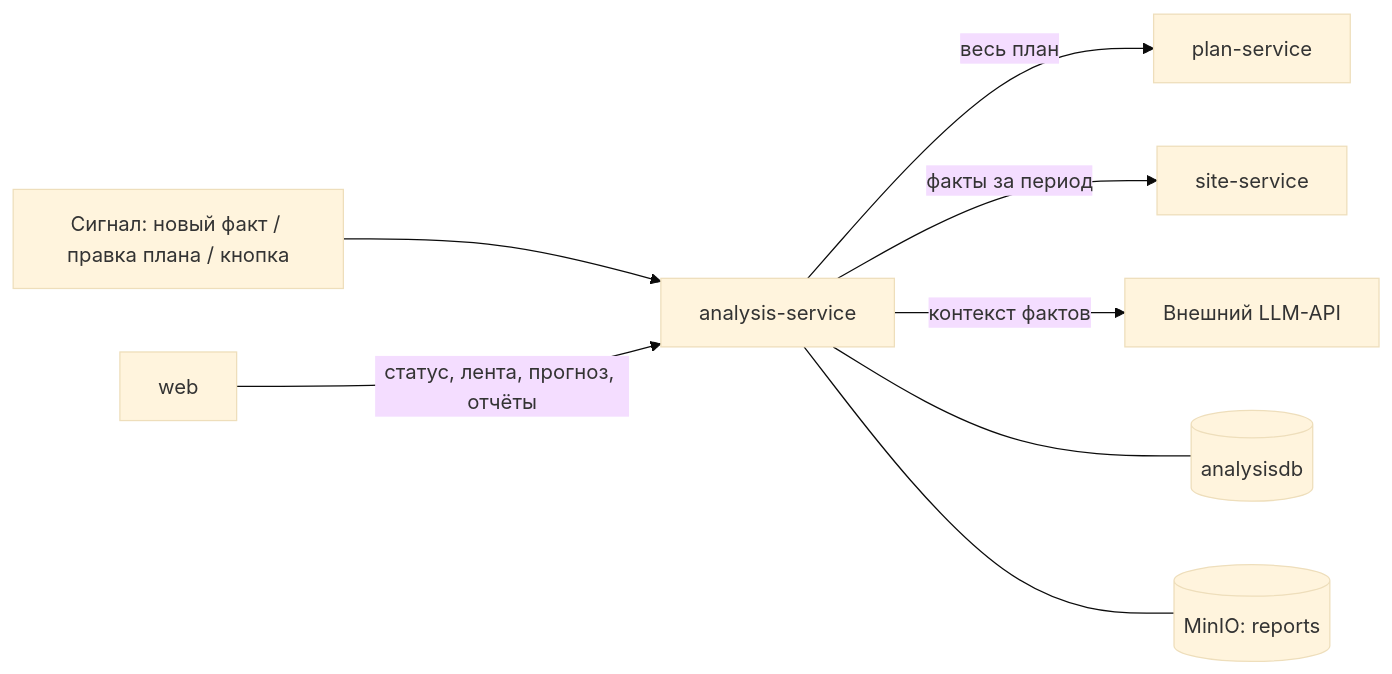
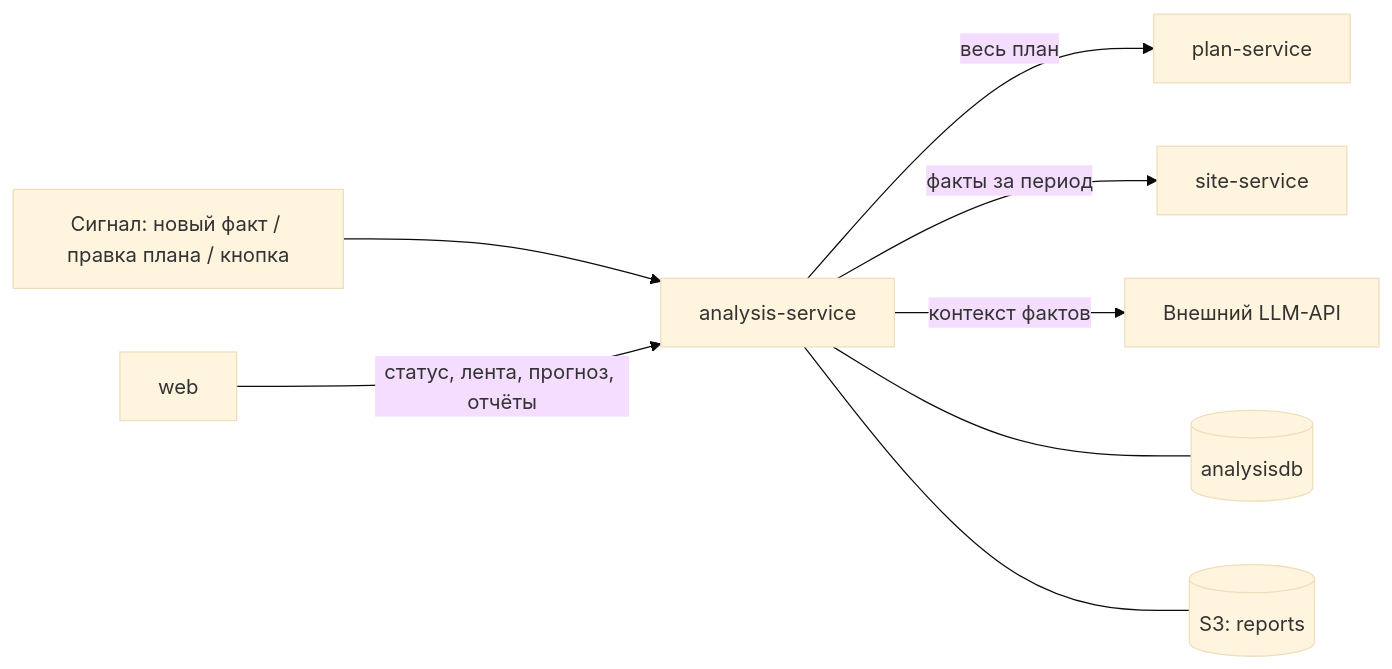
Before and after one commit to cerXXXX/ConstructionSupervision: the diagram in services/analysis-service/README.md, drawn with Mermaid (base theme). The commit also changed other lines of this file and 38 other files, not shown here.

````diff
--- a/services/analysis-service/README.md
+++ b/services/analysis-service/README.md
@@ -22,10 +22,10 @@
 ```mermaid
 flowchart LR
     SIG["Сигнал: новый факт / правка плана / кнопка"] --> ANL
     ANL["analysis-service"] -->|"весь план"| PLAN["plan-service"]
     ANL -->|"факты за период"| SITE["site-service"]
     ANL -->|"контекст фактов"| LLM["Внешний LLM-API"]
     ANL --- DB[("analysisdb")]
-    ANL --- S3[("MinIO: reports")]
+    ANL --- S3[("S3: reports")]
     WEB["web"] -->|"статус, лента, прогноз, отчёты"| ANL
 ```
````
